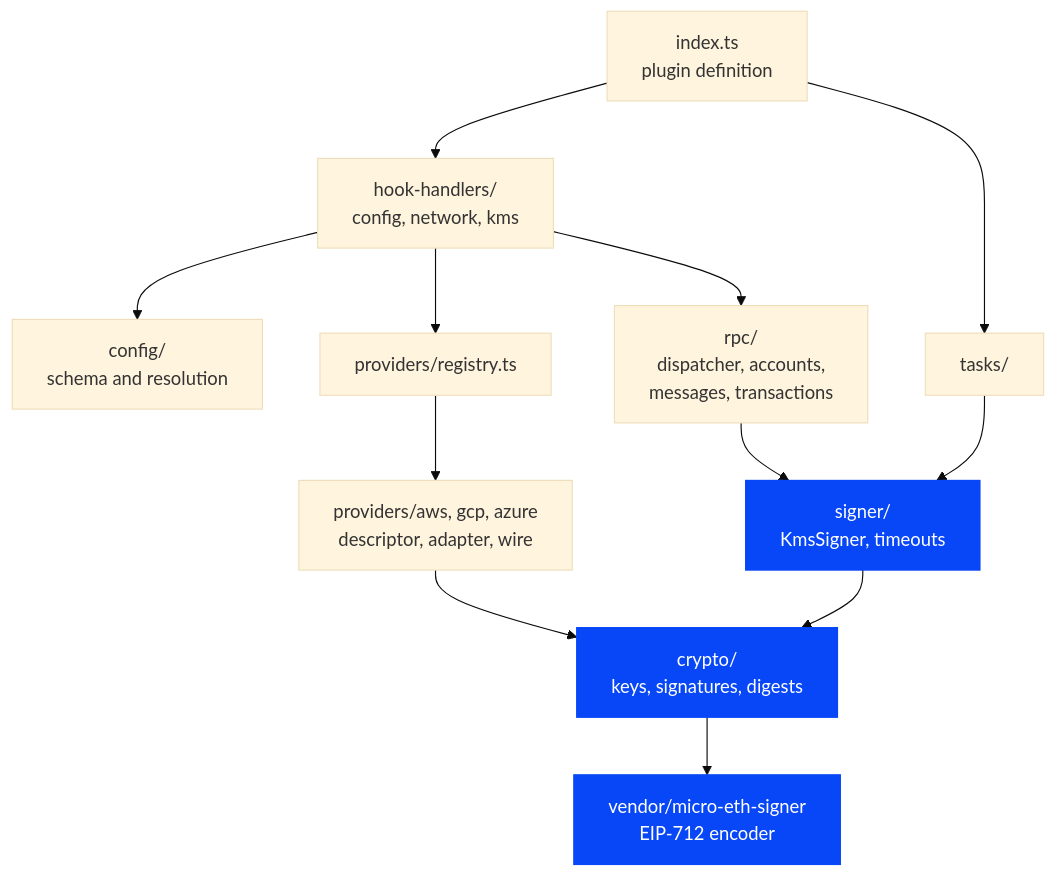
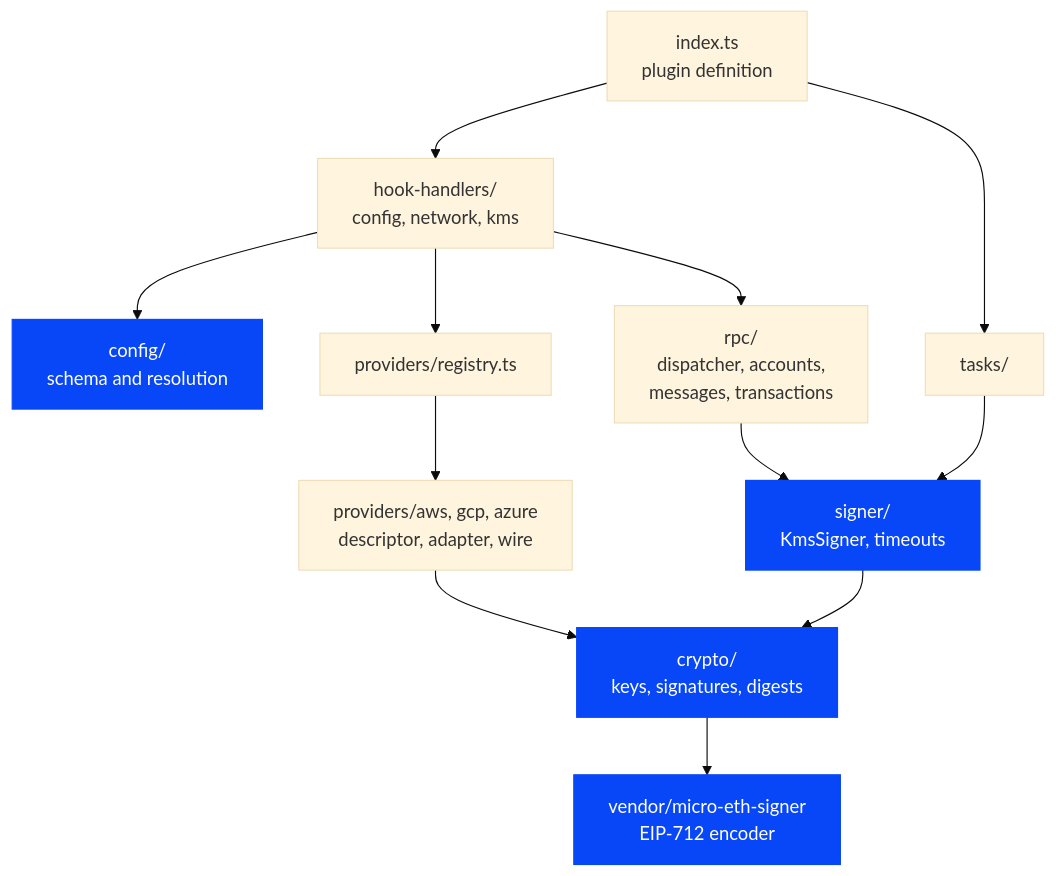
One commit to aelmanaa/hardhat-kms changed the first of 3 diagrams in docs/contributor/architecture.md. Above: the diagram before and after it, drawn with Mermaid (base theme). The commit also changed other lines of this file and 30 other files, not shown here.

````diff
--- a/docs/contributor/architecture.md
+++ b/docs/contributor/architecture.md
@@ -11,16 +11,16 @@
 ```mermaid
 flowchart TD
   index["index.ts<br/>plugin definition"] --> hooks["hook-handlers/<br/>config, network, kms"]
   index --> tasks["tasks/"]
   hooks --> config["config/<br/>schema and resolution"]
   hooks --> registry["providers/registry.ts"]
   hooks --> rpc["rpc/<br/>dispatcher, accounts,<br/>messages, transactions"]
   rpc --> signer["signer/<br/>KmsSigner, timeouts"]
   tasks --> signer
   registry --> adapters["providers/aws, gcp, azure<br/>descriptor, adapter, wire"]
   signer --> crypto["crypto/<br/>keys, signatures, digests"]
   adapters --> crypto
   crypto --> vendor["vendor/micro-eth-signer<br/>EIP-712 encoder"]
   classDef done fill:#0847F7,color:#fff,stroke:#0847F7
-  class crypto,signer,vendor done
+  class crypto,signer,vendor,config done
 ```
````
